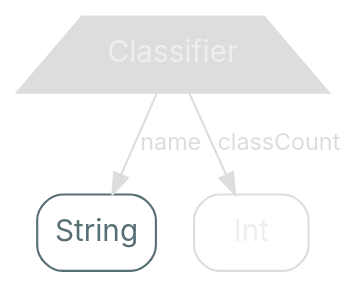
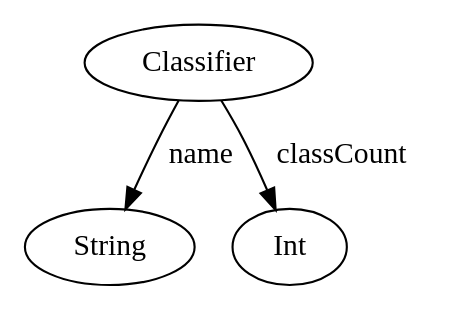
The diagram in src/graphviz/classifier-3.dot (nrinaudo/optics-from-the-ground-up), drawn with Graphviz before and after one commit. The commit also changed 24 other files, not shown here.

Commit message:
Rework diagrams to use stylesheets

```diff
--- a/src/graphviz/classifier-3.dot
+++ b/src/graphviz/classifier-3.dot
@@ -1,17 +1,8 @@
 digraph {
-    bgcolor=transparent
+    classifier[label=Classifier class="product,disabled"]
+    classifier_name[label=String]
+    classifier_classCount[label=Int class="disabled"]
 
-    // Default theme
-    node[shape="rectangle" style="rounded,filled" color="#586E75" fillcolor="#ffffff" fontcolor="#586E75" fontname="Inter,Arial"]
-    edge[color="#586E75" fontcolor="#586E75" fontname="Inter,Arial" fontsize=11]
-
-    // product types
-    classifier[shape=trapezium style=filled fillcolor="#dddddd" color="#dddddd" fontcolor="#eeeeee"]
-
-    classifier[label=Classifier color="#dddddd" fontcolor="#eeeeee"]
-    classifier_name[label=String shape=box]
-    classifier_classCount[label=Int shape=box color="#dddddd" fontcolor="#eeeeee"]
-
-    classifier -> classifier_name[label=name color="#dddddd" fontcolor="#dddddd"]
-    classifier -> classifier_classCount[label=classCount color="#dddddd" fontcolor="#dddddd"]
+    classifier -> classifier_name[label=name class="disabled"]
+    classifier -> classifier_classCount[label=classCount class="disabled"]
 }
```
